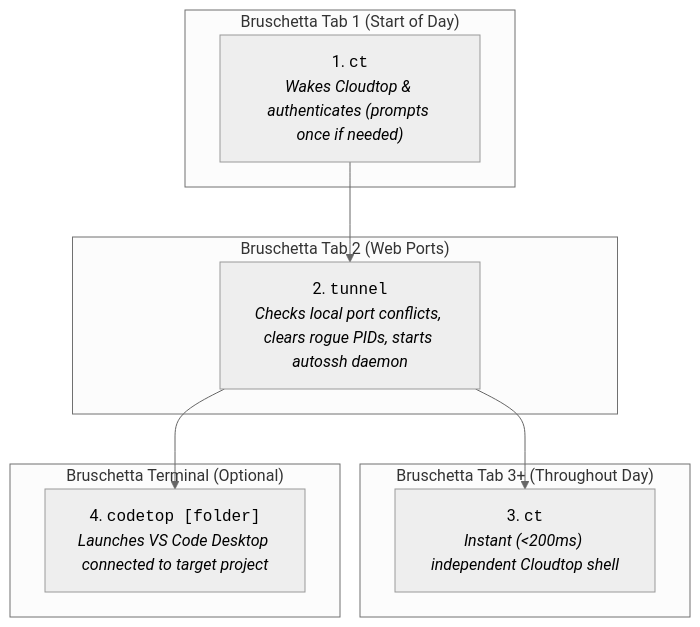
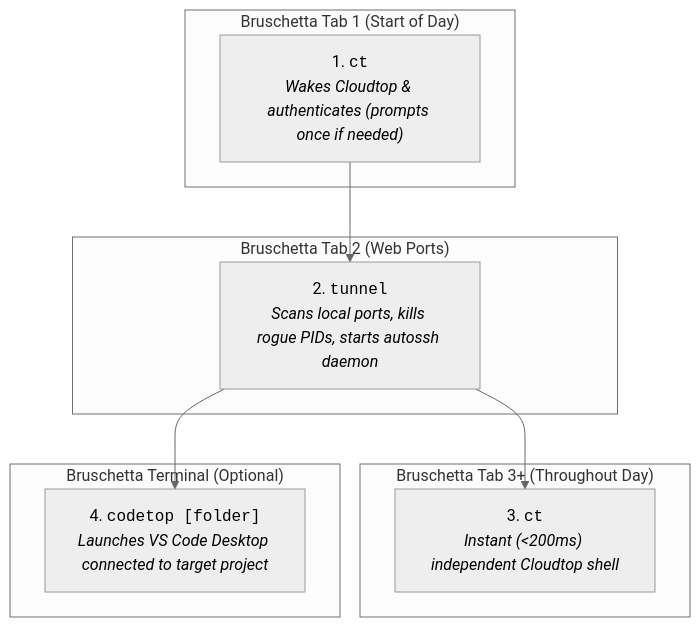
The diagram in ce_chromebox_setup/README.md (brendanhills/uk-bh-cch-demos), drawn with Mermaid (neutral theme) before and after one commit. The commit also changed other lines of this file, not shown here.

Commit message:
docs: document automated local port conflict healing in ce_chromebox_setup README

````diff
--- a/ce_chromebox_setup/README.md
+++ b/ce_chromebox_setup/README.md
@@ -63,22 +64,22 @@
 ```mermaid
 flowchart TD
     subgraph Tab1 ["Bruschetta Tab 1 (Start of Day)"]
         CT1["1. <code>ct</code><br><i>Wakes Cloudtop & authenticates (prompts once if needed)</i>"]
     end
 
     subgraph Tab2 ["Bruschetta Tab 2 (Web Ports)"]
-        T["2. <code>tunnel</code><br><i>Checks local port conflicts, clears rogue PIDs, starts autossh daemon</i>"]
+        T["2. <code>tunnel</code><br><i>Scans local ports, kills rogue PIDs, starts autossh daemon</i>"]
     end
 
     subgraph TabN ["Bruschetta Tab 3+ (Throughout Day)"]
         CTN["3. <code>ct</code><br><i>Instant (<200ms) independent Cloudtop shell</i>"]
     end
 
     subgraph Editor ["Bruschetta Terminal (Optional)"]
         Code["4. <code>codetop [folder]</code><br><i>Launches VS Code Desktop connected to target project</i>"]
     end
 
     CT1 --> T
     T --> CTN
     T --> Code
 ```
````
